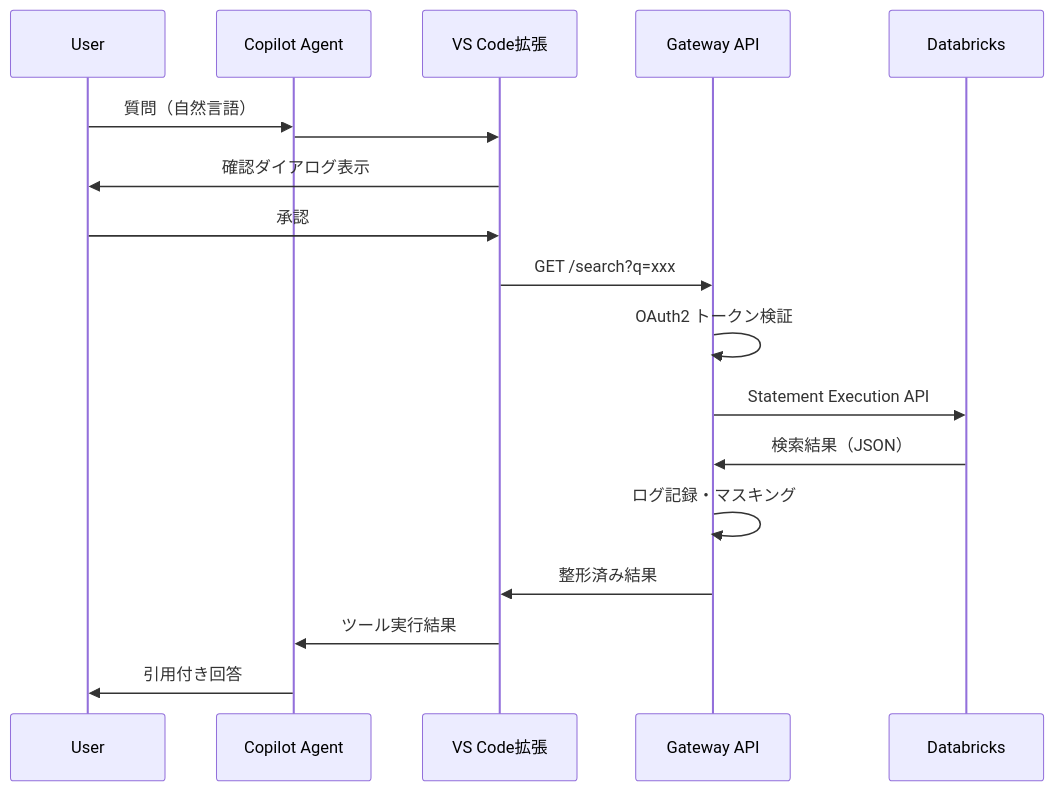
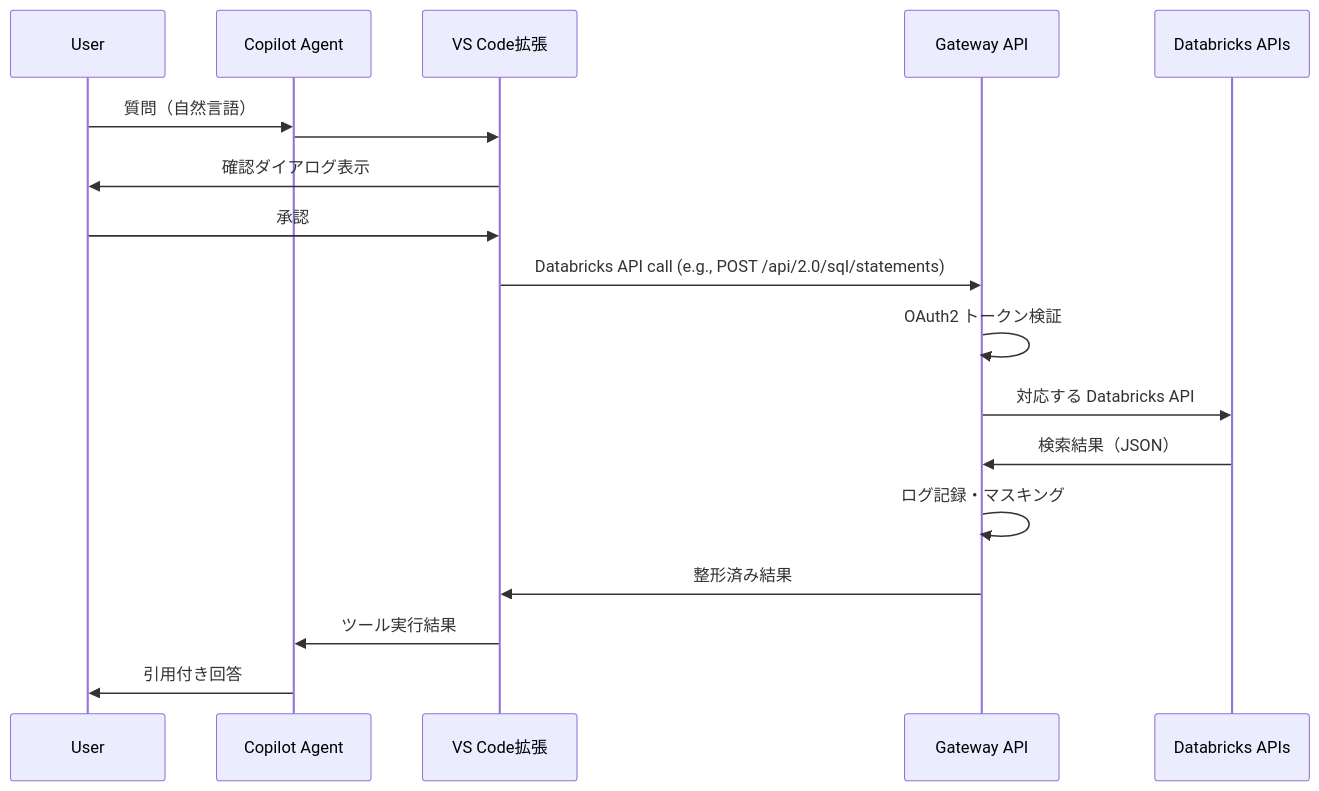
Before and after one commit to daichiTAAA/VSCodeTool: the second of 3 diagrams in docs/02000_設計書/02100_設計書.md, drawn with Mermaid. The commit also changed other lines of this file and 1 other file, not shown here.

Commit message:
docs: ensure gateway proxies Databricks API one-to-one

````diff
--- a/docs/02000_設計書/02100_設計書.md
+++ b/docs/02000_設計書/02100_設計書.md
@@ -64,21 +74,21 @@
 ```mermaid
 sequenceDiagram
   participant U as User
   participant C as Copilot Agent
   participant E as VS Code拡張
   participant G as Gateway API
-  participant D as Databricks
+    participant D as Databricks APIs
 
-  U->>C: 質問（自然言語）
-  C->>E: #dbxSearch ツール起動
-  E->>U: 確認ダイアログ表示
-  U->>E: 承認
-  E->>G: GET /search?q=xxx
-  G->>G: OAuth2 トークン検証
-  G->>D: Statement Execution API
-  D->>G: 検索結果（JSON）
-  G->>G: ログ記録・マスキング
-  G->>E: 整形済み結果
-  E->>C: ツール実行結果
-  C->>U: 引用付き回答
+    U->>C: 質問（自然言語）
+    C->>E: #dbxSearch ツール起動
+    E->>U: 確認ダイアログ表示
+    U->>E: 承認
+    E->>G: Databricks API call (e.g., POST /api/2.0/sql/statements)
+    G->>G: OAuth2 トークン検証
+    G->>D: 対応する Databricks API
+    D->>G: 検索結果（JSON）
+    G->>G: ログ記録・マスキング
+    G->>E: 整形済み結果
+    E->>C: ツール実行結果
+    C->>U: 引用付き回答
 ```
````
